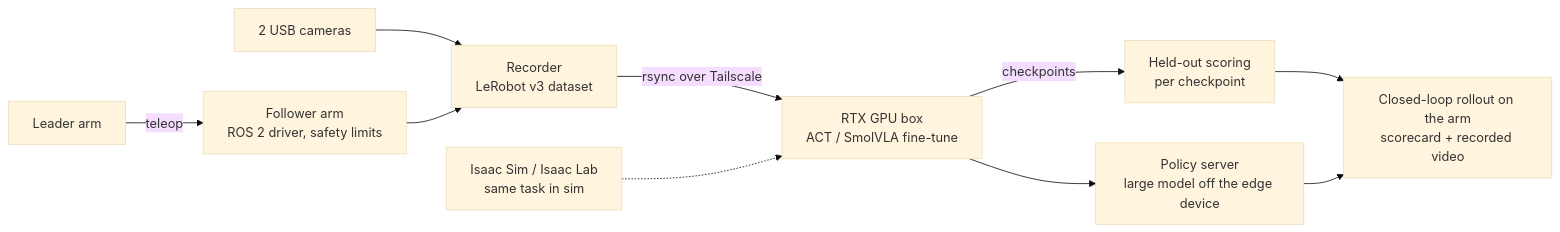
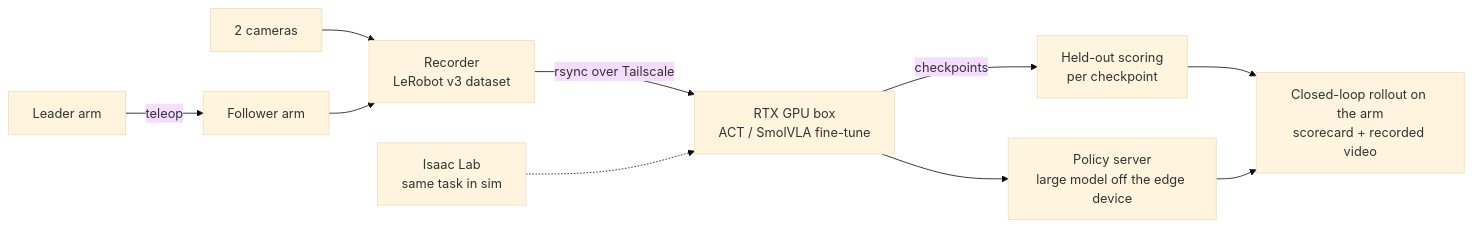
Before and after one commit to v1t3ls0n/so101-physical-ai-lab: the second of 2 diagrams in README.md, drawn with Mermaid (base theme). The commit also changed other lines of this file, not shown here.

````diff
--- a/README.md
+++ b/README.md
@@ -13,12 +83,12 @@
 ```mermaid
 flowchart LR
-  L[Leader arm] -->|teleop| F[Follower arm<br/>ROS 2 driver, safety limits]
-  C[2 USB cameras] --> R
+  L[Leader arm] -->|teleop| F[Follower arm]
+  C[2 cameras] --> R
   F --> R[Recorder<br/>LeRobot v3 dataset]
   R -->|rsync over Tailscale| G[RTX GPU box<br/>ACT / SmolVLA fine-tune]
   G -->|checkpoints| E[Held-out scoring<br/>per checkpoint]
   E --> P[Closed-loop rollout on the arm<br/>scorecard + recorded video]
-  G --> S[Policy server<br/>large model off the edge device]
-  S --> P
-  I[Isaac Sim / Isaac Lab<br/>same task in sim] -.-> G
+  G --> PS[Policy server<br/>large model off the edge device]
+  PS --> P
+  I[Isaac Lab<br/>same task in sim] -.-> G
 ```
````
